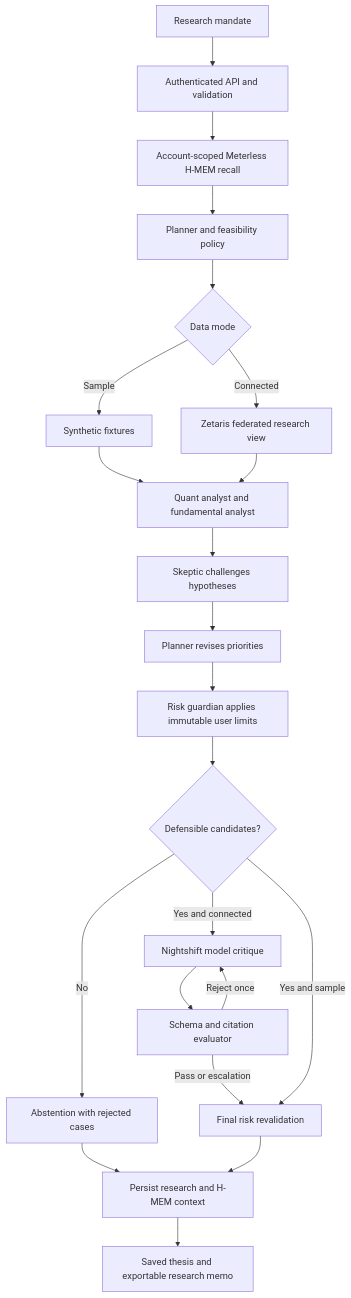
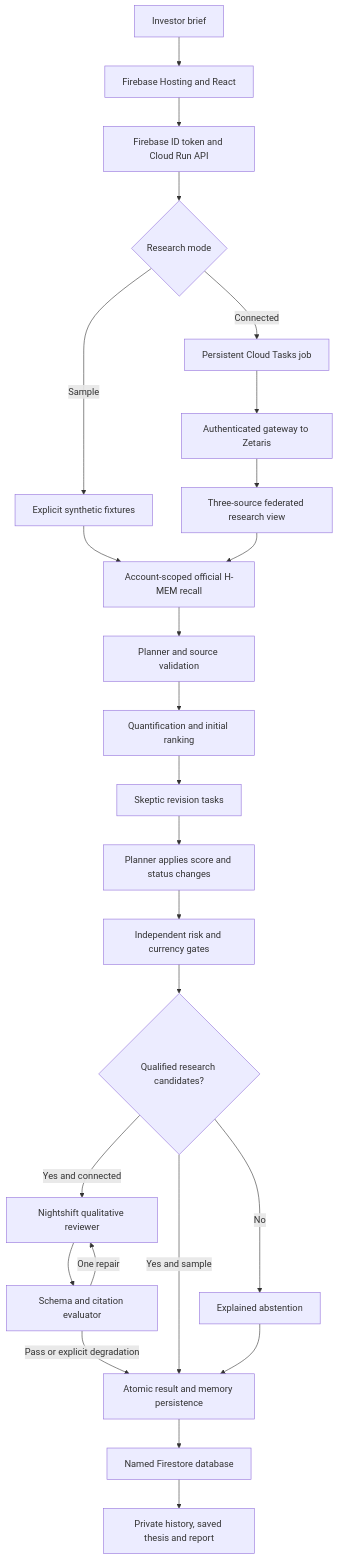
The diagram in docs/architecture.md (shi1720/thesis-investment-committee), drawn with Mermaid before and after one commit. The commit also changed other lines of this file and 80 other files, not shown here.

Commit message:
Ship Firebase research workspace with durable jobs and verified provider integration

````diff
--- a/docs/architecture.md
+++ b/docs/architecture.md
@@ -5,24 +7,27 @@
 ```mermaid
 flowchart TD
-  U[Research mandate] --> A[Authenticated API and validation]
-  A --> M[Account-scoped Meterless H-MEM recall]
-  M --> P[Planner and feasibility policy]
-  P --> D{Data mode}
-  D -->|Sample| F[Synthetic fixtures]
-  D -->|Connected| Z[Zetaris federated research view]
-  F --> Q[Quant analyst and fundamental analyst]
-  Z --> Q
-  Q --> S[Skeptic challenges hypotheses]
-  S --> R[Planner revises priorities]
-  R --> G[Risk guardian applies immutable user limits]
-  G --> O{Defensible candidates?}
-  O -->|No| N[Abstention with rejected cases]
-  O -->|Yes and connected| L[Nightshift model critique]
+  U[Investor brief] --> W[Firebase Hosting and React]
+  W --> A[Firebase ID token and Cloud Run API]
+  A --> D{Research mode}
+  D -->|Sample| F[Explicit synthetic fixtures]
+  D -->|Connected| T[Persistent Cloud Tasks job]
+  T --> Z[Authenticated gateway to Zetaris]
+  Z --> V[Three-source federated research view]
+  F --> M[Account-scoped official H-MEM recall]
+  V --> M
+  M --> P[Planner and source validation]
+  P --> Q[Quantification and initial ranking]
+  Q --> S[Skeptic revision tasks]
+  S --> R[Planner applies score and status changes]
+  R --> G[Independent risk and currency gates]
+  G --> C{Qualified research candidates?}
+  C -->|No| N[Explained abstention]
+  C -->|Yes and connected| L[Nightshift qualitative reviewer]
   L --> E[Schema and citation evaluator]
-  E -->|Reject once| L
-  E -->|Pass or escalation| V[Final risk revalidation]
-  O -->|Yes and sample| V
-  N --> H[Persist research and H-MEM context]
-  V --> H
-  H --> X[Saved thesis and exportable research memo]
+  E -->|One repair| L
+  E -->|Pass or explicit degradation| H[Atomic result and memory persistence]
+  C -->|Yes and sample| H
+  N --> H
+  H --> DB[Named Firestore database]
+  DB --> X[Private history, saved thesis and report]
 ```
````
